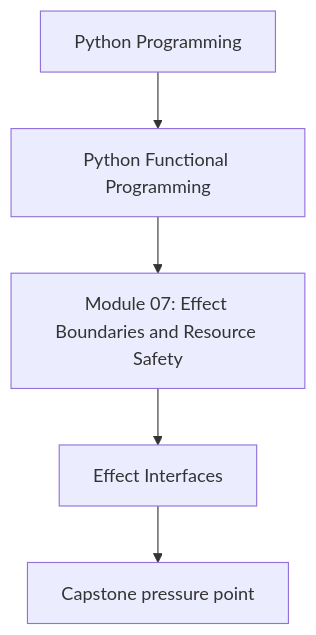
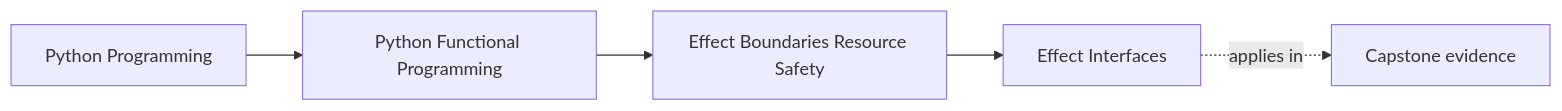
One commit to bijux/bijux-masterclass changed the first of 2 diagrams in programs/python-programming/python-functional-programming/course-book/module-07-effect-boundaries-resource-safety/effect-interfaces.md. Above: the diagram before and after it, drawn with Mermaid. The commit also changed other lines of this file and 108 other files, not shown here.

Commit message:
docs(python-functional-programming): map capstone and advanced design surfaces

````diff
--- a/programs/python-programming/python-functional-programming/course-book/module-07-effect-boundaries-resource-safety/effect-interfaces.md
+++ b/programs/python-programming/python-functional-programming/course-book/module-07-effect-boundaries-resource-safety/effect-interfaces.md
@@ -7,7 +7,11 @@
 ```mermaid
-flowchart TD
-  family["Python Programming"] --> program["Python Functional Programming"]
-  program --> module["Module 07: Effect Boundaries and Resource Safety"]
-  module --> concept["Effect Interfaces"]
-  concept --> capstone["Capstone pressure point"]
+graph LR
+  family["Python Programming"]
+  program["Python Functional Programming"]
+  section["Effect Boundaries Resource Safety"]
+  page["Effect Interfaces"]
+  capstone["Capstone evidence"]
+
+  family --> program --> section --> page
+  page -.applies in.-> capstone
 ```
````
